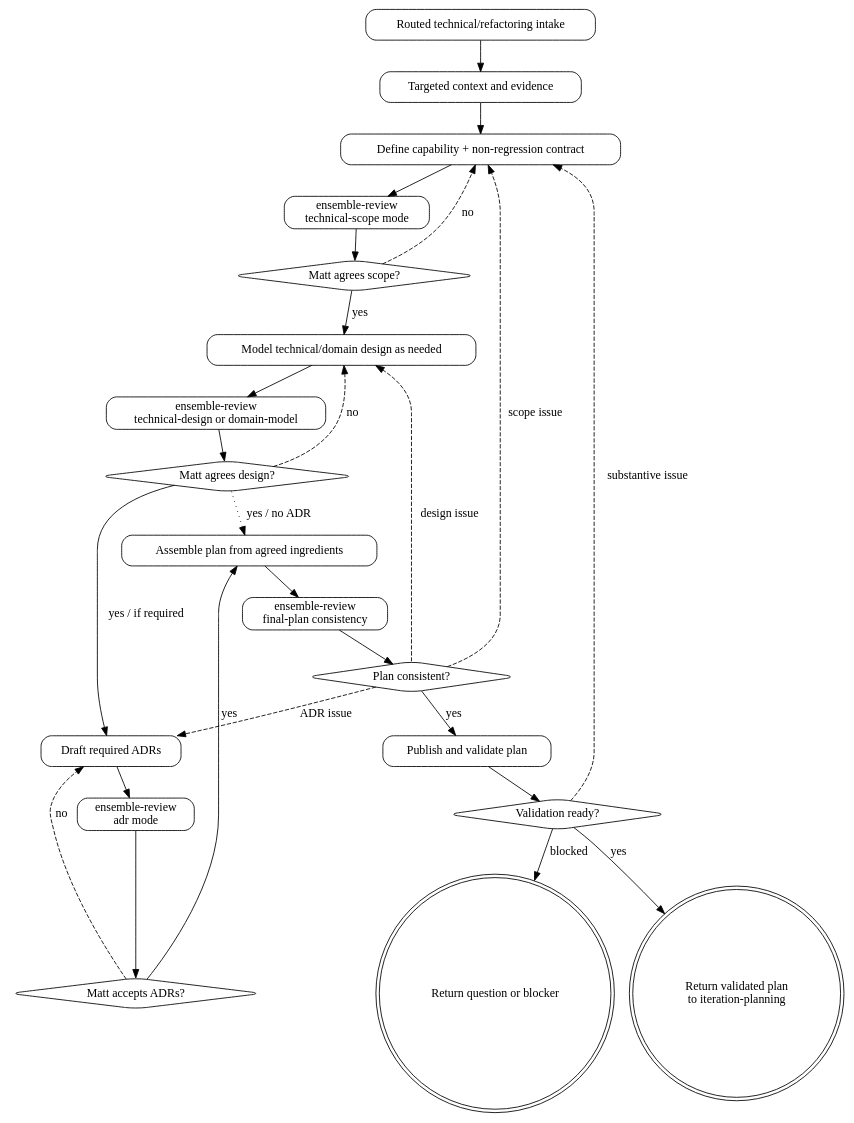
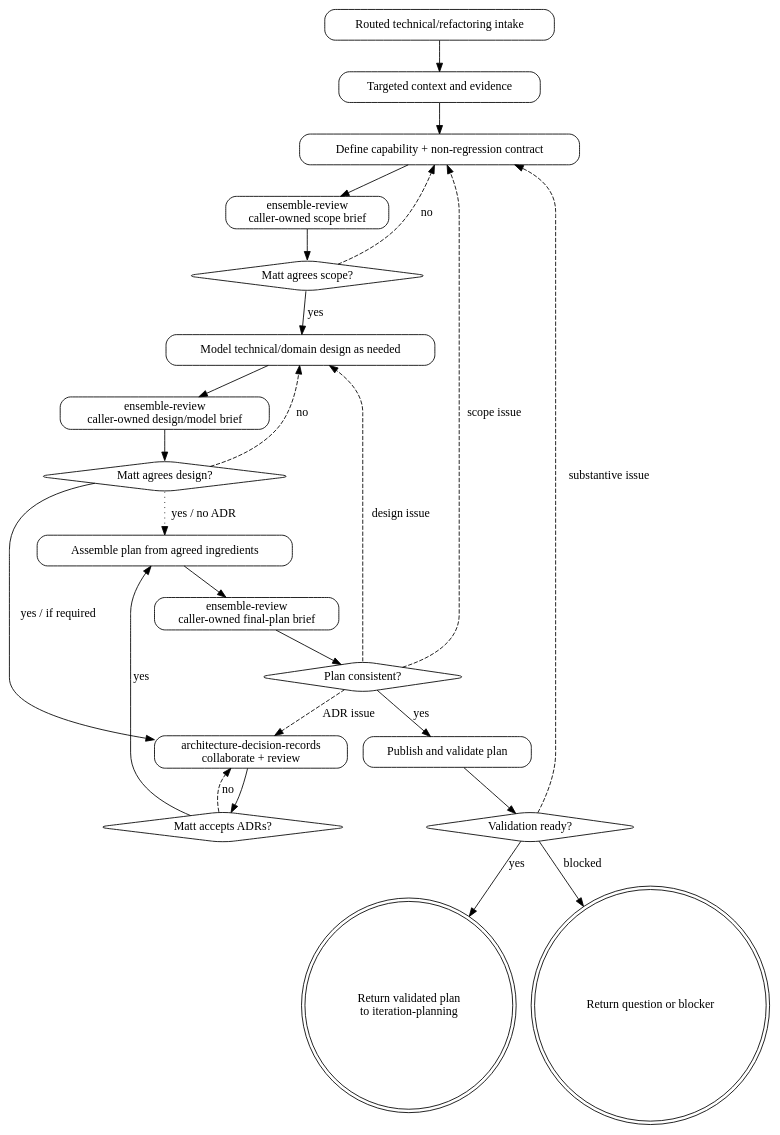
One commit to mattwynne/memba changed the diagram in .pi/skills/technical-iteration-planning/SKILL.md. Above: the diagram before and after it, drawn with Graphviz. The commit also changed other lines of this file and 9 other files, not shown here.

````diff
--- a/.pi/skills/technical-iteration-planning/SKILL.md
+++ b/.pi/skills/technical-iteration-planning/SKILL.md
@@ -30,45 +67,44 @@
 ```dot
 digraph technical_iteration_planning {
   rankdir=TB;
   node [shape=box, style="rounded"];
 
   intake [label="Routed technical/refactoring intake"];
   context [label="Targeted context and evidence"];
   capability [label="Define capability + non-regression contract"];
-  scope_review [label="ensemble-review\ntechnical-scope mode"];
+  scope_review [label="ensemble-review\ncaller-owned scope brief"];
   scope [shape=diamond, label="Matt agrees scope?"];
   design [label="Model technical/domain design as needed"];
-  design_review [label="ensemble-review\ntechnical-design or domain-model"];
+  design_review [label="ensemble-review\ncaller-owned design/model brief"];
   design_agreed [shape=diamond, label="Matt agrees design?"];
-  adr [label="Draft required ADRs"];
-  adr_review [label="ensemble-review\nadr mode"];
+  adr [label="architecture-decision-records\ncollaborate + review"];
   adr_accept [shape=diamond, label="Matt accepts ADRs?"];
   assemble [label="Assemble plan from agreed ingredients"];
-  final_review [label="ensemble-review\nfinal-plan consistency"];
+  final_review [label="ensemble-review\ncaller-owned final-plan brief"];
   consistent [shape=diamond, label="Plan consistent?"];
   publish [label="Publish and validate plan"];
   validated [shape=diamond, label="Validation ready?"];
   result [shape=doublecircle, label="Return validated plan\nto iteration-planning"];
   blocker [shape=doublecircle, label="Return question or blocker"];
 
   intake -> context -> capability -> scope_review -> scope;
   scope -> capability [label="no", style=dashed];
   scope -> design [label="yes"];
   design -> design_review -> design_agreed;
   design_agreed -> design [label="no", style=dashed];
   design_agreed -> adr [label="yes / if required"];
-  adr -> adr_review -> adr_accept;
+  adr -> adr_accept;
   adr_accept -> adr [label="no", style=dashed];
   adr_accept -> assemble [label="yes"];
   design_agreed -> assemble [label="yes / no ADR", style=dotted];
   assemble -> final_review -> consistent;
   consistent -> publish [label="yes"];
   consistent -> capability [label="scope issue", style=dashed];
   consistent -> design [label="design issue", style=dashed];
   consistent -> adr [label="ADR issue", style=dashed];
   publish -> validated;
   validated -> result [label="yes"];
   validated -> blocker [label="blocked"];
   validated -> capability [label="substantive issue", style=dashed];
 }
 ```
````
